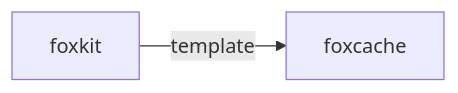
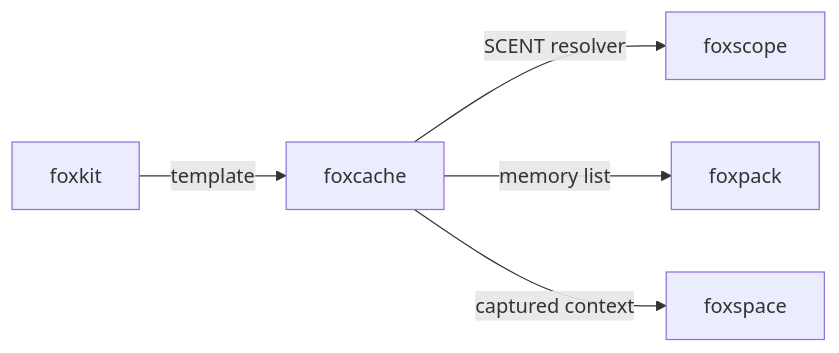
One commit to pooriaarab/foxcache changed the second of 2 diagrams in README.md. Above: the diagram before and after it, drawn with Mermaid. The commit also changed other lines of this file, not shown here.

````diff
--- a/README.md
+++ b/README.md
@@ -69,5 +208,11 @@
 ```mermaid
 flowchart LR
   foxkit[foxkit] -- template --> self[foxcache]
+  self -- SCENT resolver --> foxscope[foxscope]
+  self -- memory list --> foxpack[foxpack]
+  self -- captured context --> foxspace[foxspace]
   click foxkit "https://github.com/pooriaarab/foxkit"
+  click foxscope "https://github.com/pooriaarab/foxscope"
+  click foxpack "https://github.com/pooriaarab/foxpack"
+  click foxspace "https://github.com/pooriaarab/foxspace"
 ```
````
